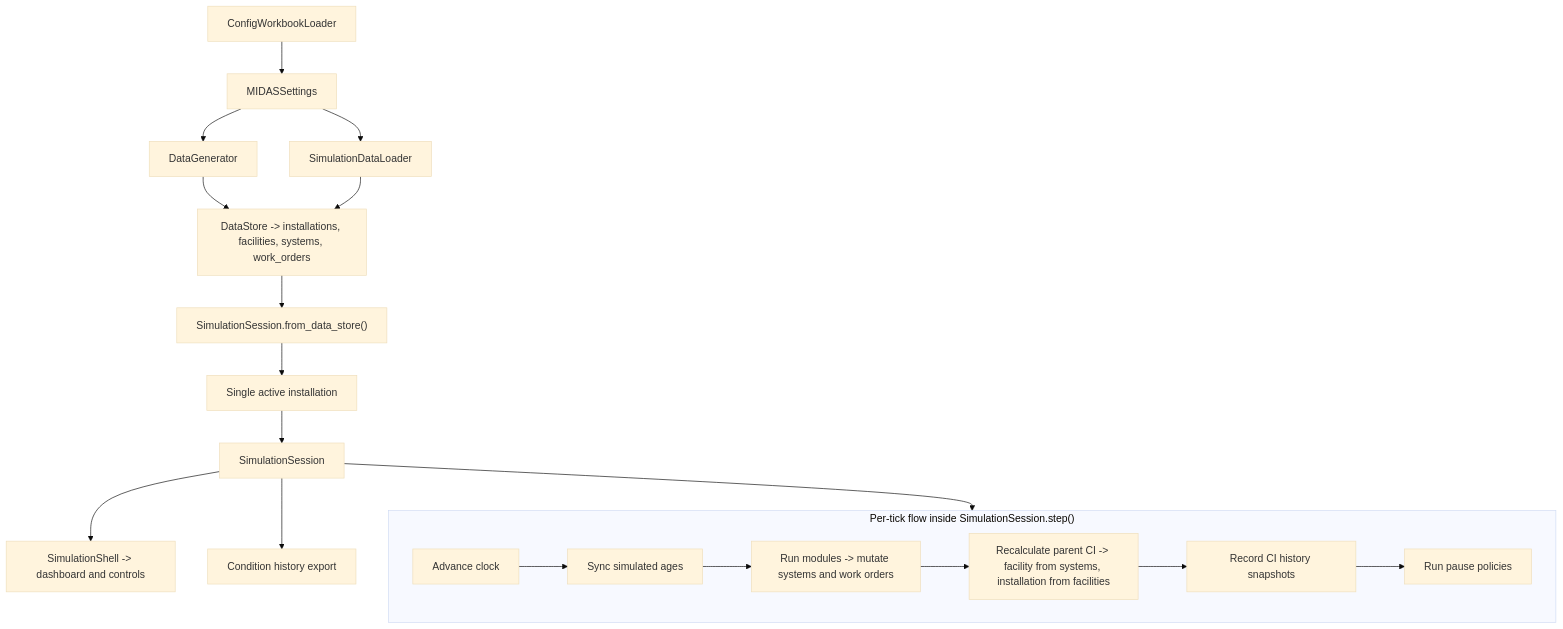
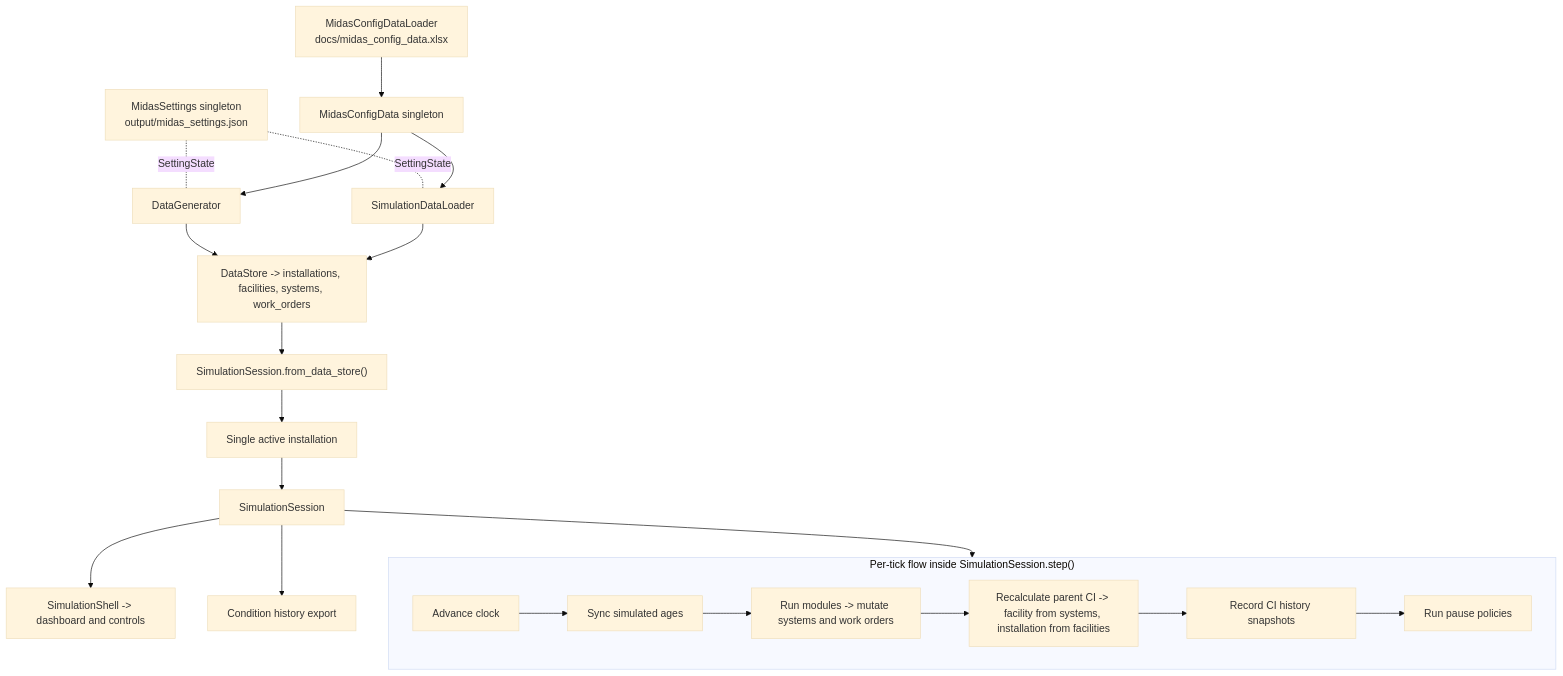
The diagram in docs/simulation_system_internals.md (horaciovelvetine/midas-alt), drawn with Mermaid (base theme) before and after one commit. The commit also changed other lines of this file, not shown here.

````diff
--- a/docs/simulation_system_internals.md
+++ b/docs/simulation_system_internals.md
@@ -18,33 +18,36 @@
 ```mermaid
 flowchart TD
-    A["ConfigWorkbookLoader"]
-    B["MIDASSettings"]
+    A["MidasConfigDataLoader<br/>docs/midas_config_data.xlsx"]
+    B["MidasSettings singleton<br/>output/midas_settings.json"]
+    R["MidasConfigData singleton"]
     C["DataGenerator"]
     D["SimulationDataLoader"]
     E["DataStore -> installations, facilities, systems, work_orders"]
     F["SimulationSession.from_data_store()"]
     G["Single active installation"]
     H["SimulationSession"]
     I["SimulationShell -> dashboard and controls"]
     J["Condition history export"]
 
     subgraph T["Per-tick flow inside SimulationSession.step()"]
         T1["Advance clock"]
         T2["Sync simulated ages"]
         T3["Run modules -> mutate systems and work orders"]
         T4["Recalculate parent CI -> facility from systems, installation from facilities"]
         T5["Record CI history snapshots"]
         T6["Run pause policies"]
         T1 --> T2 --> T3 --> T4 --> T5 --> T6
     end
 
-    A --> B
-    B --> C
-    B --> D
+    A --> R
+    B -. SettingState .- C
+    R --> C
+    B -. SettingState .- D
+    R --> D
     C --> E
     D --> E
     E --> F --> G --> H
     H --> T
     H --> I
     H --> J
 ```
````
